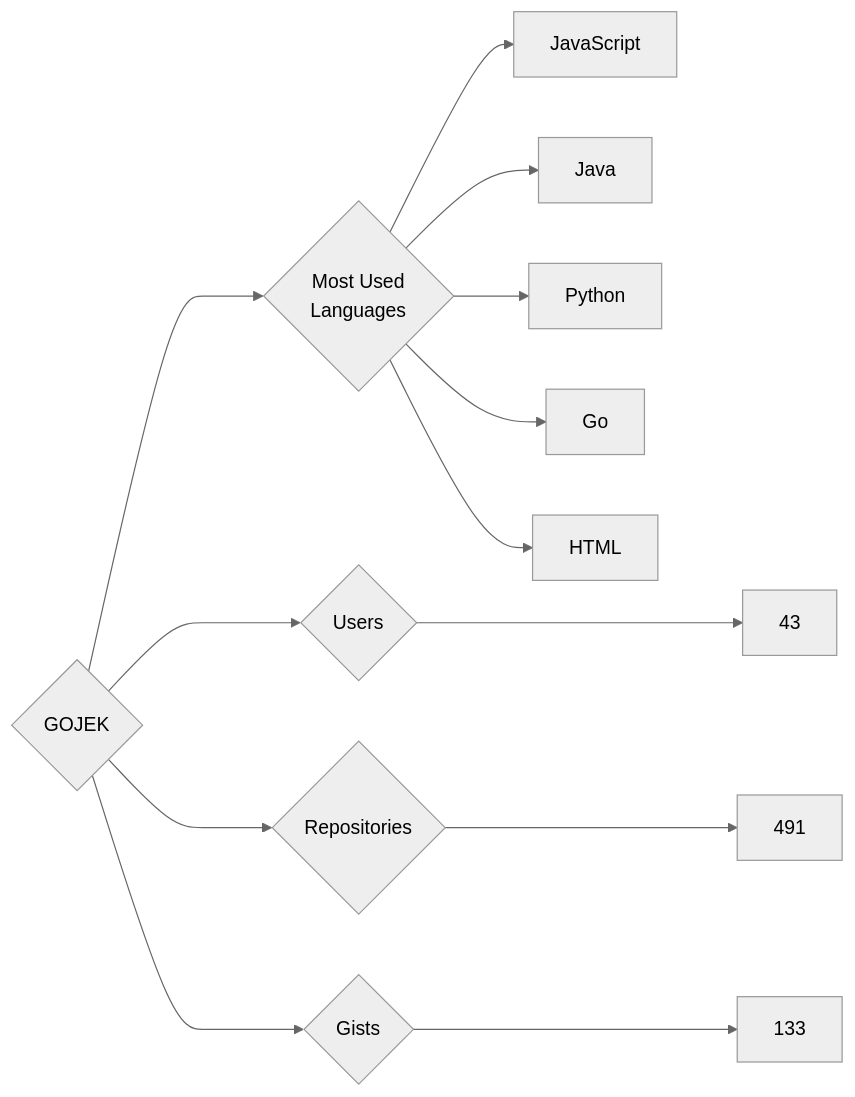
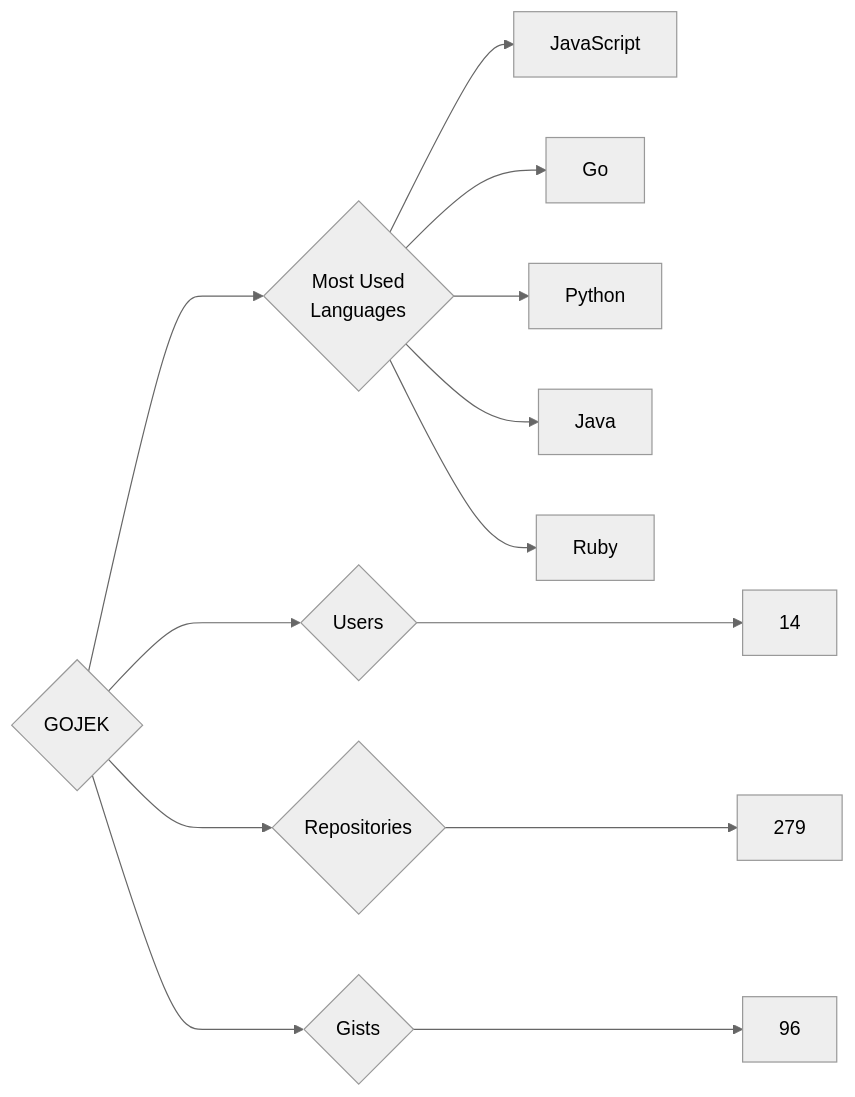
Before and after one commit to trickest/insiders: the diagram in targets/GOJEK/README.md, drawn with Mermaid (neutral theme). The commit also changed 752 other files, not shown here.

````diff
--- a/targets/GOJEK/README.md
+++ b/targets/GOJEK/README.md
@@ -3,13 +3,13 @@
 ```mermaid
 graph LR
 COMPANY_NAME{GOJEK}
-COMPANY_NAME ---> U{Users} ---> UN[43]
-COMPANY_NAME ---> R{Repositories} ---> RN[491]
-COMPANY_NAME ---> G{Gists} ---> GN[133]
+COMPANY_NAME ---> U{Users} ---> UN[14]
+COMPANY_NAME ---> R{Repositories} ---> RN[279]
+COMPANY_NAME ---> G{Gists} ---> GN[96]
 COMPANY_NAME ---> ML{Most Used<br>Languages}
 ML --> JavaScript[JavaScript]
+ML --> Go[Go]
+ML --> Python[Python]
 ML --> Java[Java]
-ML --> Python[Python]
-ML --> Go[Go]
-ML --> HTML[HTML]
+ML --> Ruby[Ruby]
 ```
````
